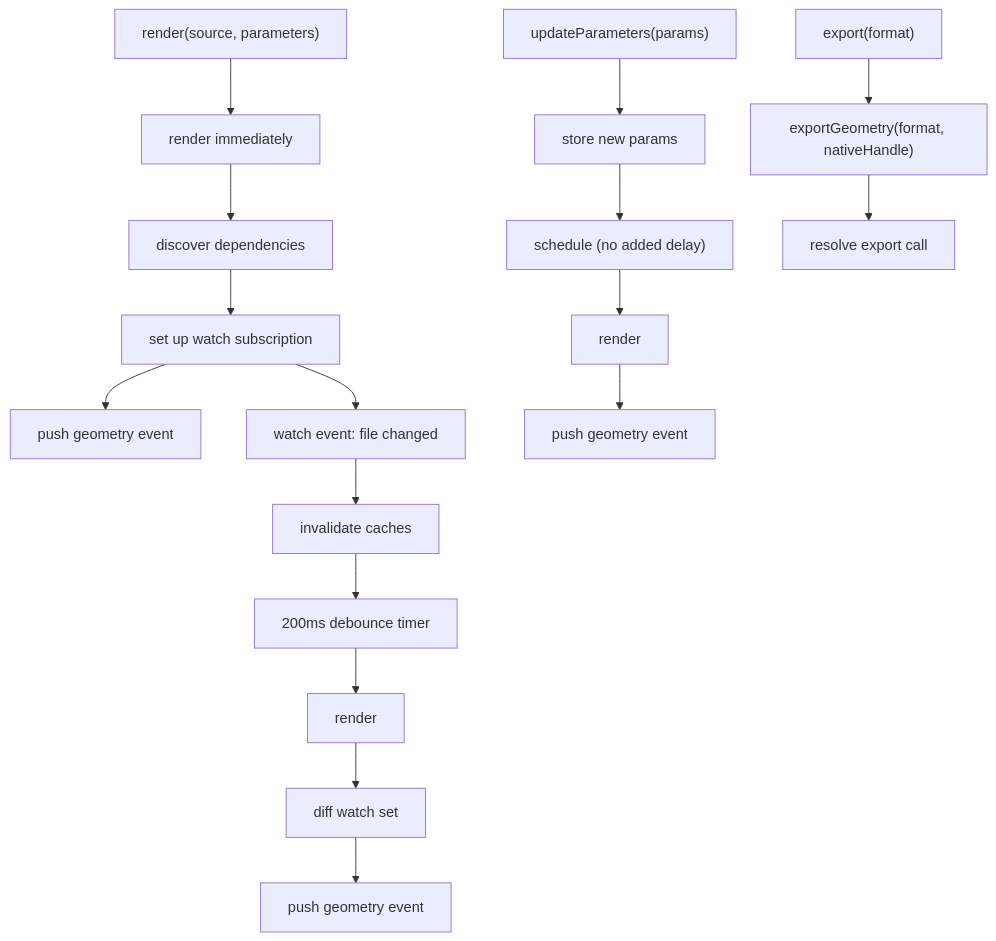
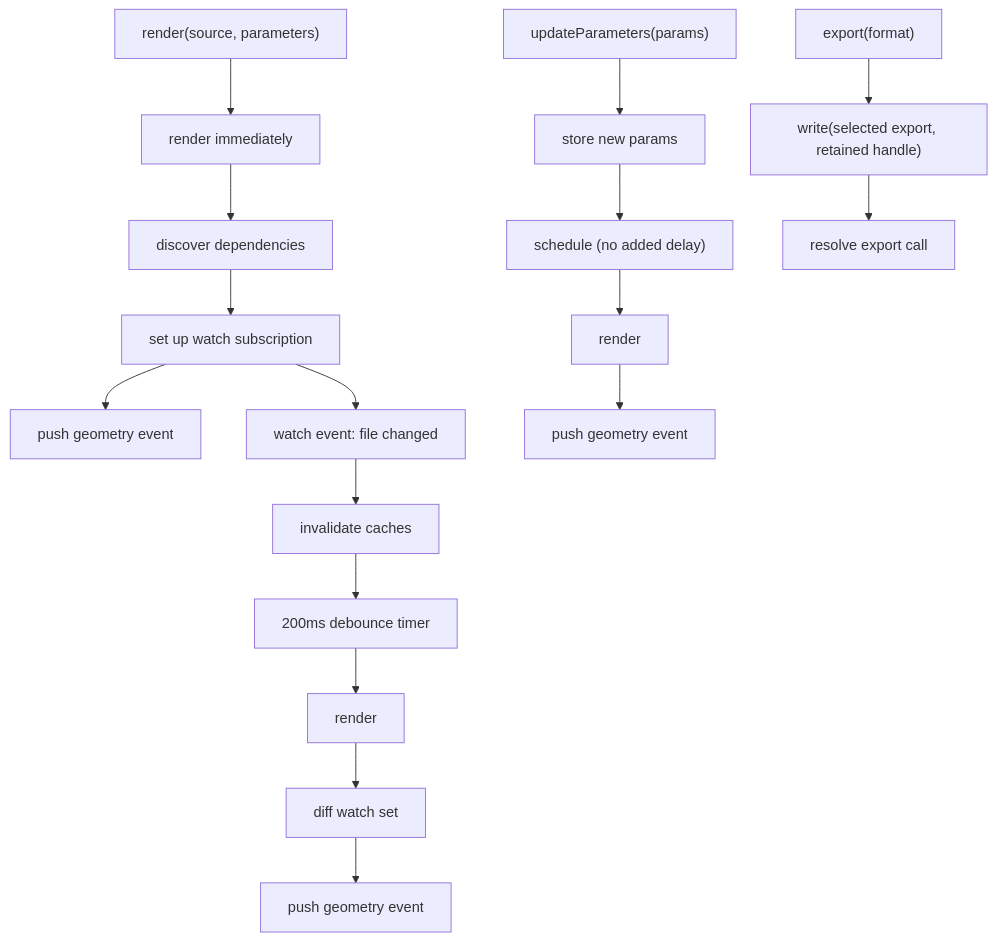
Before and after one commit to taucad/tau: the diagram in apps/docs/content/docs/runtime/concepts/render-lifecycle.mdx, drawn with Mermaid. The commit also changed other lines of this file and 31 other files, not shown here.

````diff
--- a/apps/docs/content/docs/runtime/concepts/render-lifecycle.mdx
+++ b/apps/docs/content/docs/runtime/concepts/render-lifecycle.mdx
@@ -18,22 +18,22 @@
 ```mermaid
 flowchart TD
     Render["render(source, parameters)"] --> Render1["render immediately"]
     Render1 --> Deps["discover dependencies"]
     Deps --> Watch["set up watch subscription"]
     Watch --> Push1["push geometry event"]
 
     Watch --> FileChange["watch event: file changed"]
     FileChange --> Invalidate["invalidate caches"]
     Invalidate --> Debounce200["200ms debounce timer"]
     Debounce200 --> Render2["render"]
     Render2 --> DiffWatch["diff watch set"]
     DiffWatch --> Push2["push geometry event"]
 
     UpdateParams["updateParameters(params)"] --> StoreParams["store new params"]
     StoreParams --> Immediate["schedule (no added delay)"]
     Immediate --> Render3["render"]
     Render3 --> Push3["push geometry event"]
 
-    Export["export(format)"] --> ExportGeom["exportGeometry(format, nativeHandle)"]
-    ExportGeom --> Resolve["resolve export call"]
+    Export["export(format)"] --> Write["write(selected export, retained handle)"]
+    Write --> Resolve["resolve export call"]
 ```
````
